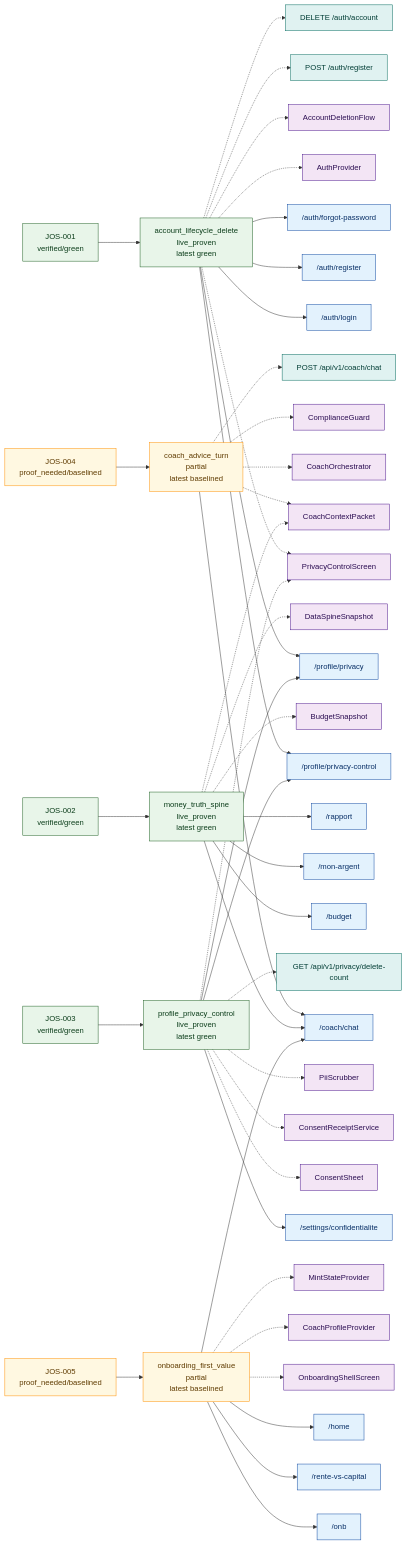
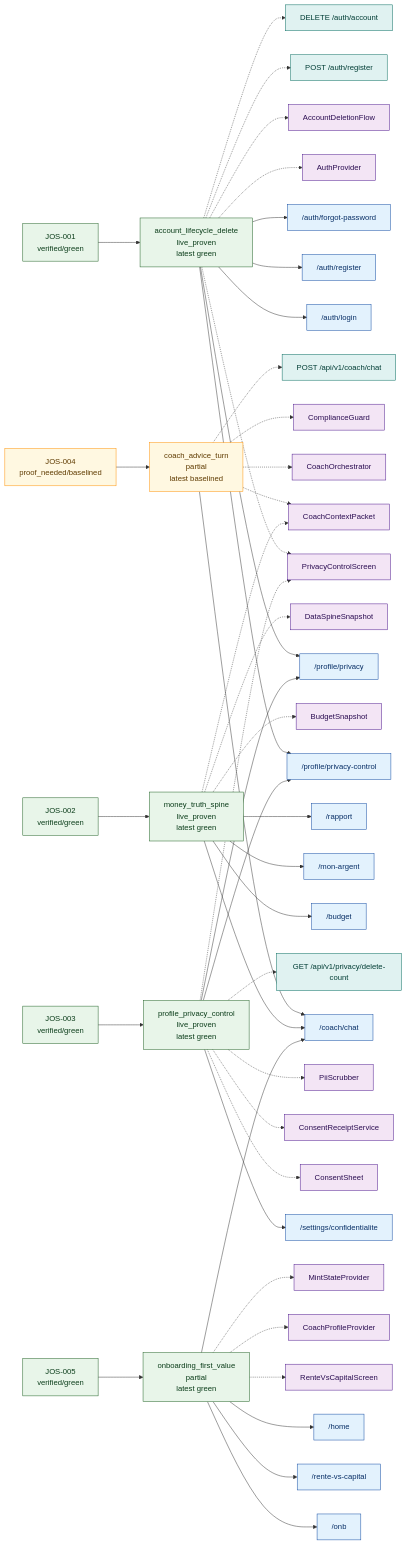
One commit to MINT-IA/MINT changed the diagram in .planning/journeys/diagrams/system_map.mmd. Above: the diagram before and after it, drawn with Mermaid. The commit also changed 13 other files, not shown here.

Commit message:
test(journey): verify JOS-005 first value route

```diff
--- a/.planning/journeys/diagrams/system_map.mmd
+++ b/.planning/journeys/diagrams/system_map.mmd
@@ -1,134 +1,134 @@
 %% Generated from .planning/journeys/records/*.json and issues/*.json
 flowchart LR
   classDef green fill:#e8f5e9,stroke:#1b5e20,color:#0b3d1a;
   classDef red fill:#ffebee,stroke:#b71c1c,color:#5f1111;
   classDef amber fill:#fff8e1,stroke:#ff8f00,color:#5f3b00;
   classDef blocked fill:#eceff1,stroke:#455a64,color:#263238;
   classDef neutral fill:#f5f5f5,stroke:#616161,color:#212121;
   classDef route fill:#e3f2fd,stroke:#0d47a1,color:#082f66;
   classDef surface fill:#f3e5f5,stroke:#4a148c,color:#2b0d52;
   classDef api fill:#e0f2f1,stroke:#00695c,color:#003d35;
   journey_account_lifecycle_delete["account_lifecycle_delete<br/>live_proven<br/>latest green"]
   class journey_account_lifecycle_delete green
   route_auth_login["/auth/login"]
   journey_account_lifecycle_delete --> route_auth_login
   class route_auth_login route
   route_auth_register["/auth/register"]
   journey_account_lifecycle_delete --> route_auth_register
   class route_auth_register route
   route_auth_forgot_password["/auth/forgot-password"]
   journey_account_lifecycle_delete --> route_auth_forgot_password
   class route_auth_forgot_password route
   route_profile_privacy_control["/profile/privacy-control"]
   journey_account_lifecycle_delete --> route_profile_privacy_control
   class route_profile_privacy_control route
   route_profile_privacy["/profile/privacy"]
   journey_account_lifecycle_delete --> route_profile_privacy
   class route_profile_privacy route
   surface_AuthProvider["AuthProvider"]
   journey_account_lifecycle_delete -.-> surface_AuthProvider
   class surface_AuthProvider surface
   surface_PrivacyControlScreen["PrivacyControlScreen"]
   journey_account_lifecycle_delete -.-> surface_PrivacyControlScreen
   class surface_PrivacyControlScreen surface
   surface_AccountDeletionFlow["AccountDeletionFlow"]
   journey_account_lifecycle_delete -.-> surface_AccountDeletionFlow
   class surface_AccountDeletionFlow surface
   api_POST_auth_register["POST /auth/register"]
   journey_account_lifecycle_delete -.-> api_POST_auth_register
   class api_POST_auth_register api
   api_DELETE_auth_account["DELETE /auth/account"]
   journey_account_lifecycle_delete -.-> api_DELETE_auth_account
   class api_DELETE_auth_account api
   issue_JOS_001["JOS-001<br/>verified/green"]
   issue_JOS_001 --> journey_account_lifecycle_delete
   class issue_JOS_001 green
   journey_coach_advice_turn["coach_advice_turn<br/>partial<br/>latest baselined"]
   class journey_coach_advice_turn amber
   route_coach_chat["/coach/chat"]
   journey_coach_advice_turn --> route_coach_chat
   class route_coach_chat route
   surface_CoachOrchestrator["CoachOrchestrator"]
   journey_coach_advice_turn -.-> surface_CoachOrchestrator
   class surface_CoachOrchestrator surface
   surface_CoachContextPacket["CoachContextPacket"]
   journey_coach_advice_turn -.-> surface_CoachContextPacket
   class surface_CoachContextPacket surface
   surface_ComplianceGuard["ComplianceGuard"]
   journey_coach_advice_turn -.-> surface_ComplianceGuard
   class surface_ComplianceGuard surface
   api_POST_api_v1_coach_chat["POST /api/v1/coach/chat"]
   journey_coach_advice_turn -.-> api_POST_api_v1_coach_chat
   class api_POST_api_v1_coach_chat api
   issue_JOS_004["JOS-004<br/>proof_needed/baselined"]
   issue_JOS_004 --> journey_coach_advice_turn
   class issue_JOS_004 amber
   journey_money_truth_spine["money_truth_spine<br/>live_proven<br/>latest green"]
   class journey_money_truth_spine green
   route_budget["/budget"]
   journey_money_truth_spine --> route_budget
   class route_budget route
   route_mon_argent["/mon-argent"]
   journey_money_truth_spine --> route_mon_argent
   class route_mon_argent route
   route_rapport["/rapport"]
   journey_money_truth_spine --> route_rapport
   class route_rapport route
   journey_money_truth_spine --> route_coach_chat
   surface_BudgetSnapshot["BudgetSnapshot"]
   journey_money_truth_spine -.-> surface_BudgetSnapshot
   class surface_BudgetSnapshot surface
   surface_DataSpineSnapshot["DataSpineSnapshot"]
   journey_money_truth_spine -.-> surface_DataSpineSnapshot
   class surface_DataSpineSnapshot surface
   journey_money_truth_spine -.-> surface_CoachContextPacket
   issue_JOS_002["JOS-002<br/>verified/green"]
   issue_JOS_002 --> journey_money_truth_spine
   class issue_JOS_002 green
-  journey_onboarding_first_value["onboarding_first_value<br/>partial<br/>latest baselined"]
-  class journey_onboarding_first_value amber
+  journey_onboarding_first_value["onboarding_first_value<br/>partial<br/>latest green"]
+  class journey_onboarding_first_value green
   route_onb["/onb"]
   journey_onboarding_first_value --> route_onb
   class route_onb route
   route_rente_vs_capital["/rente-vs-capital"]
   journey_onboarding_first_value --> route_rente_vs_capital
   class route_rente_vs_capital route
   journey_onboarding_first_value --> route_coach_chat
   route_home["/home"]
   journey_onboarding_first_value --> route_home
   class route_home route
-  surface_OnboardingShellScreen["OnboardingShellScreen"]
-  journey_onboarding_first_value -.-> surface_OnboardingShellScreen
-  class surface_OnboardingShellScreen surface
+  surface_RenteVsCapitalScreen["RenteVsCapitalScreen"]
+  journey_onboarding_first_value -.-> surface_RenteVsCapitalScreen
+  class surface_RenteVsCapitalScreen surface
   surface_CoachProfileProvider["CoachProfileProvider"]
   journey_onboarding_first_value -.-> surface_CoachProfileProvider
   class surface_CoachProfileProvider surface
   surface_MintStateProvider["MintStateProvider"]
   journey_onboarding_first_value -.-> surface_MintStateProvider
   class surface_MintStateProvider surface
-  issue_JOS_005["JOS-005<br/>proof_needed/baselined"]
+  issue_JOS_005["JOS-005<br/>verified/green"]
   issue_JOS_005 --> journey_onboarding_first_value
-  class issue_JOS_005 amber
+  class issue_JOS_005 green
   journey_profile_privacy_control["profile_privacy_control<br/>live_proven<br/>latest green"]
   class journey_profile_privacy_control green
   journey_profile_privacy_control --> route_profile_privacy_control
   journey_profile_privacy_control --> route_profile_privacy
   route_settings_confidentialite["/settings/confidentialite"]
   journey_profile_privacy_control --> route_settings_confidentialite
   class route_settings_confidentialite route
   journey_profile_privacy_control -.-> surface_PrivacyControlScreen
   surface_ConsentSheet["ConsentSheet"]
   journey_profile_privacy_control -.-> surface_ConsentSheet
   class surface_ConsentSheet surface
   surface_ConsentReceiptService["ConsentReceiptService"]
   journey_profile_privacy_control -.-> surface_ConsentReceiptService
   class surface_ConsentReceiptService surface
   surface_PiiScrubber["PiiScrubber"]
   journey_profile_privacy_control -.-> surface_PiiScrubber
   class surface_PiiScrubber surface
   api_GET_api_v1_privacy_delete_count["GET /api/v1/privacy/delete-count"]
   journey_profile_privacy_control -.-> api_GET_api_v1_privacy_delete_count
   class api_GET_api_v1_privacy_delete_count api
   issue_JOS_003["JOS-003<br/>verified/green"]
   issue_JOS_003 --> journey_profile_privacy_control
   class issue_JOS_003 green
```
